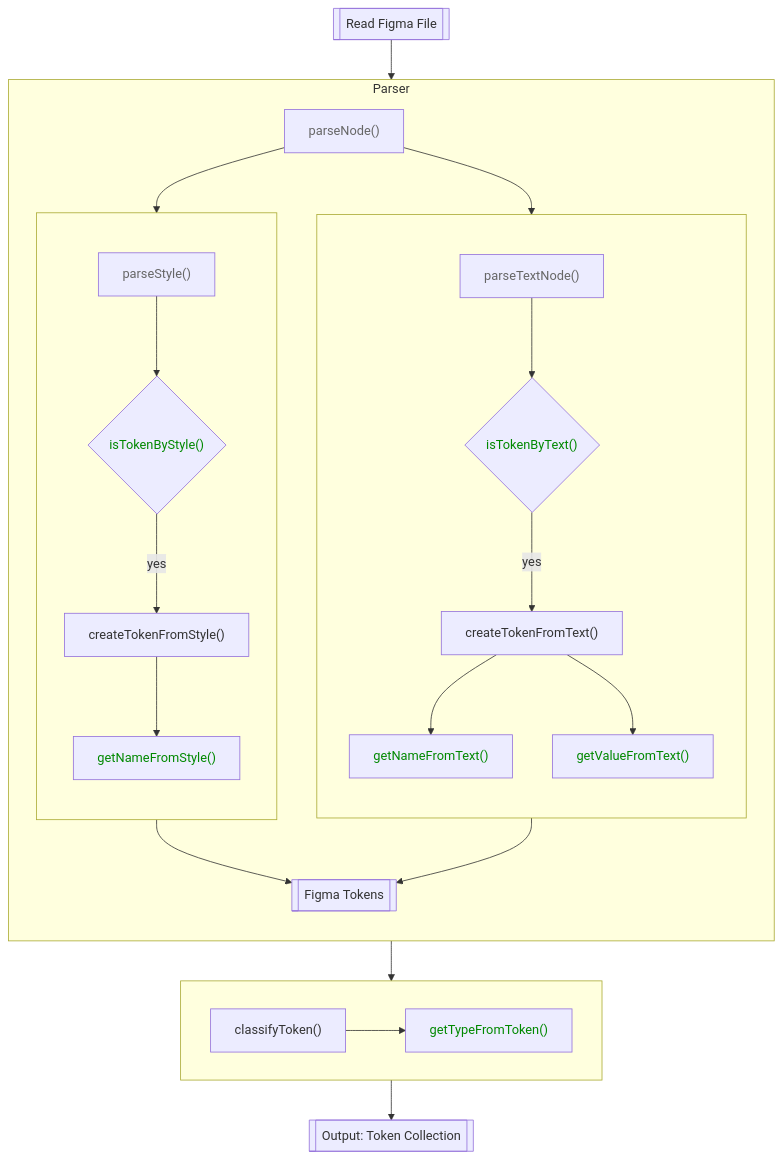
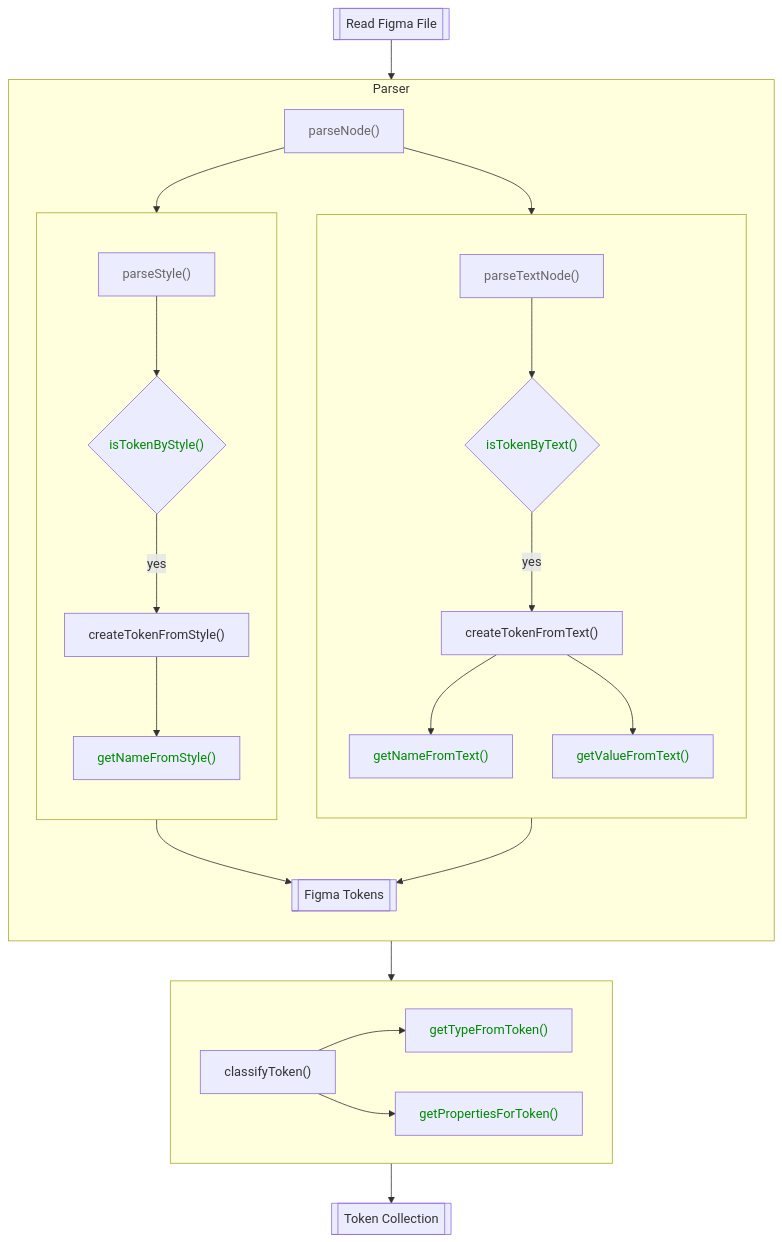
Before and after one commit to theemo-tokens/theemo: the diagram in website/docs/cli/sync/reader.md, drawn with Mermaid. The commit also changed other lines of this file and 9 other files, not shown here.

Commit message:
Add additional properties to tokens

````diff
--- a/website/docs/cli/sync/reader.md
+++ b/website/docs/cli/sync/reader.md
@@ -29,51 +29,52 @@
 ```mermaid
 flowchart TB
 
-    subgraph Parser
-        direction TB
+  subgraph Parser
+      direction TB
 
-        FigmaToken
-        parseNode["parseNode()"]
+      FigmaToken
+      parseNode["parseNode()"]
 
-        subgraph text [ ]
-            direction TB
+      subgraph text [ ]
+          direction TB
 
-            parseTextNode["parseTextNode()"] --> isTokenByText
-            isTokenByText{"isTokenByText()"} -->|yes| createTokenFromText["createTokenFromText()"]
+          parseTextNode["parseTextNode()"] --> isTokenByText
+          isTokenByText{"isTokenByText()"} -->|yes| createTokenFromText["createTokenFromText()"]
 
-            createTokenFromText --> getNameFromText["getNameFromText()"]
-            createTokenFromText --> getValueFromText["getValueFromText()"]
-        end
+          createTokenFromText --> getNameFromText["getNameFromText()"]
+          createTokenFromText --> getValueFromText["getValueFromText()"]
+      end
 
-        subgraph style [ ]
-            direction TB
+      subgraph style [ ]
+          direction TB
 
-            parseStyle["parseStyle()"] --> isTokenByStyle
-            isTokenByStyle{"isTokenByStyle()"} -->|yes| createTokenFromStyle["createTokenFromStyle()"]
-            createTokenFromStyle --> getNameFromStyle["getNameFromStyle()"]
-        end
+          parseStyle["parseStyle()"] --> isTokenByStyle
+          isTokenByStyle{"isTokenByStyle()"} -->|yes| createTokenFromStyle["createTokenFromStyle()"]
+          createTokenFromStyle --> getNameFromStyle["getNameFromStyle()"]
+      end
 
-        parseNode --> parseTextNode
-        parseNode --> parseStyle
+      parseNode --> parseTextNode
+      parseNode --> parseStyle
 
-        createTokenFromStyle --> FigmaToken
-        createTokenFromText --> FigmaToken
-    end
+      createTokenFromStyle --> FigmaToken
+      createTokenFromText --> FigmaToken
+  end
 
-    subgraph classify [ ]
-        direction LR
+  subgraph classify [ ]
+      direction LR
 
-        classifyToken["classifyToken()"]
-        classifyToken --> getTypeFromToken["getTypeFromToken()"]
-    end
+      classifyToken["classifyToken()"]
+      classifyToken --> getTypeFromToken["getTypeFromToken()"]
+      classifyToken --> getPropertiesForToken["getPropertiesForToken()"]
+  end
 
-    FigmaToken[[Figma Tokens]] --> classify
-    classify --> TokenCollection[[Output: Token Collection]]
-    read[[Read Figma File]] --> parseNode
+  FigmaToken[[Figma Tokens]] --> classify
+  classify --> TokenCollection[[Token Collection]]
+  read[[Read Figma File]] --> parseNode
 
-    classDef muted color:#666
-    class parseNode,parseTextNode,parseStyle muted
+  classDef muted color:#666
+  class parseNode,parseTextNode,parseStyle muted
 
-    classDef api color:#080
-    class isTokenByStyle,getNameFromStyle,isTokenByText,getNameFromText,getValueFromText,filterToken,getTypeFromToken api
+  classDef api color:#080
+  class isTokenByStyle,getNameFromStyle,isTokenByText,getNameFromText,getValueFromText,filterToken,getTypeFromToken,getPropertiesForToken api
 ```
````
